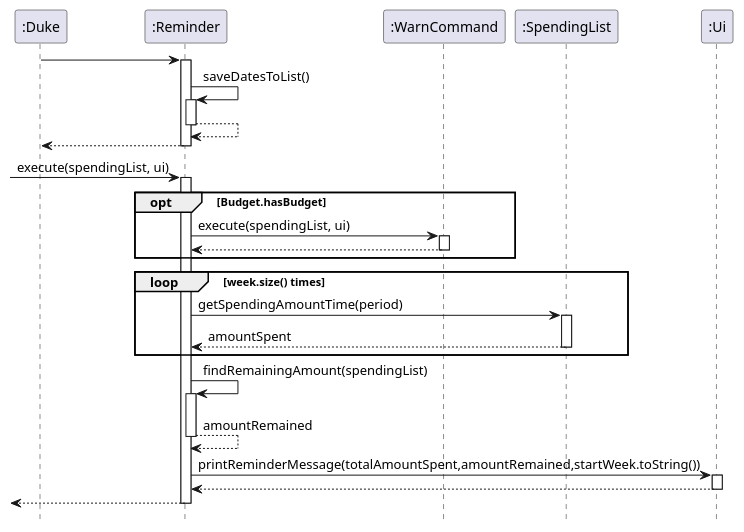
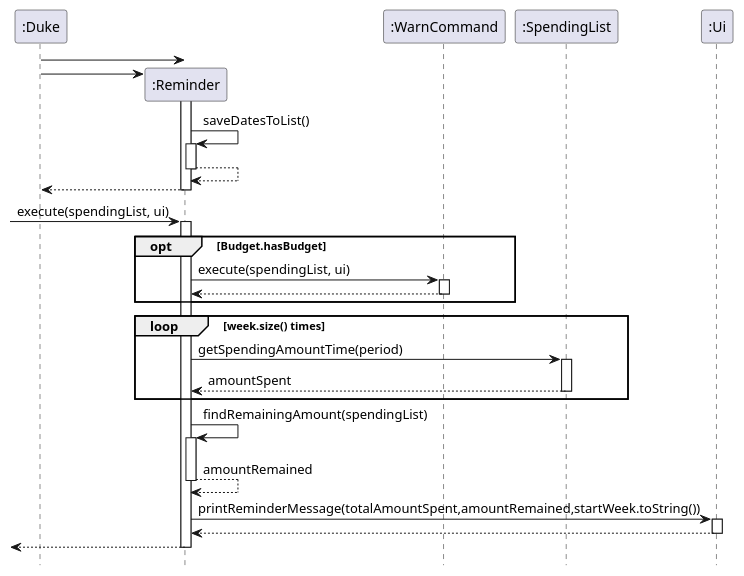
Before and after one commit to xieyaoyue/tp: the diagram in src/uml/reminder.puml, drawn with PlantUML. The commit also changed 5 other files, not shown here.

Commit message:
update uml reminder diagram

```diff
--- a/src/uml/reminder.puml
+++ b/src/uml/reminder.puml
@@ -1,48 +1,50 @@
 @startuml
 hide footbox
 
+":Duke" -> ":Reminder"
+create ":Reminder"
 ":Duke" -> ":Reminder"
 activate ":Reminder"
 
 ":Reminder" -> ":Reminder" : saveDatesToList()
 activate ":Reminder"
 ":Reminder" --> ":Reminder"
 deactivate ":Reminder"
 ":Reminder" --> ":Duke"
 deactivate ":Reminder"
 
 
 ->":Reminder" : execute(spendingList, ui)
 
 activate ":Reminder"
 
 opt Budget.hasBudget
 ":Reminder" -> ":WarnCommand" : execute(spendingList, ui)
 activate ":WarnCommand"
 ":WarnCommand" --> ":Reminder"
 deactivate ":WarnCommand"
 end
 
 loop week.size() times
 
 ":Reminder" -> ":SpendingList" : getSpendingAmountTime(period)
 activate ":SpendingList"
 ":SpendingList" --> ":Reminder" : amountSpent
 deactivate ":SpendingList"
 
 end
 
 ":Reminder" -> ":Reminder" : findRemainingAmount(spendingList)
 activate ":Reminder"
 ":Reminder" --> ":Reminder" : amountRemained
 deactivate ":Reminder"
 
 
 ":Reminder" -> ":Ui" : printReminderMessage(totalAmountSpent,amountRemained,startWeek.toString())
 activate ":Ui"
 ":Ui" --> ":Reminder"
 deactivate ":Ui"
 <-- ":Reminder"
 deactivate ":Reminder"
 
 @enduml
```
